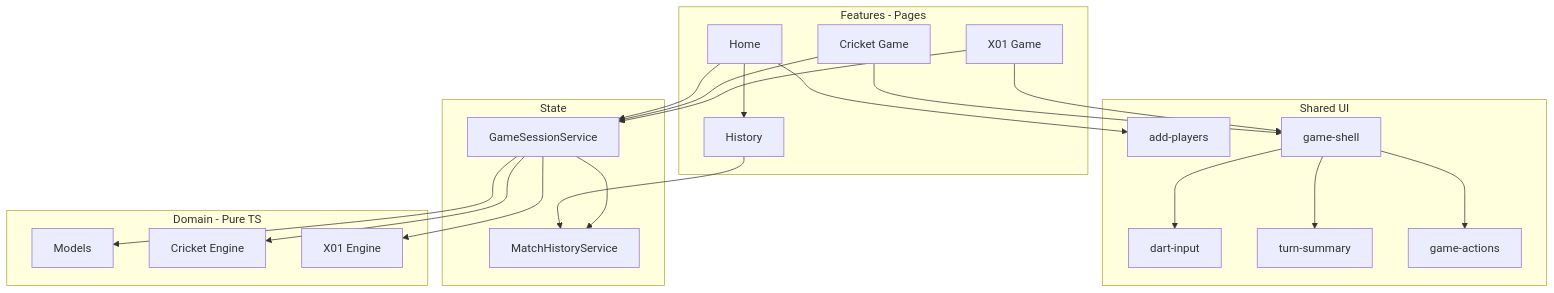
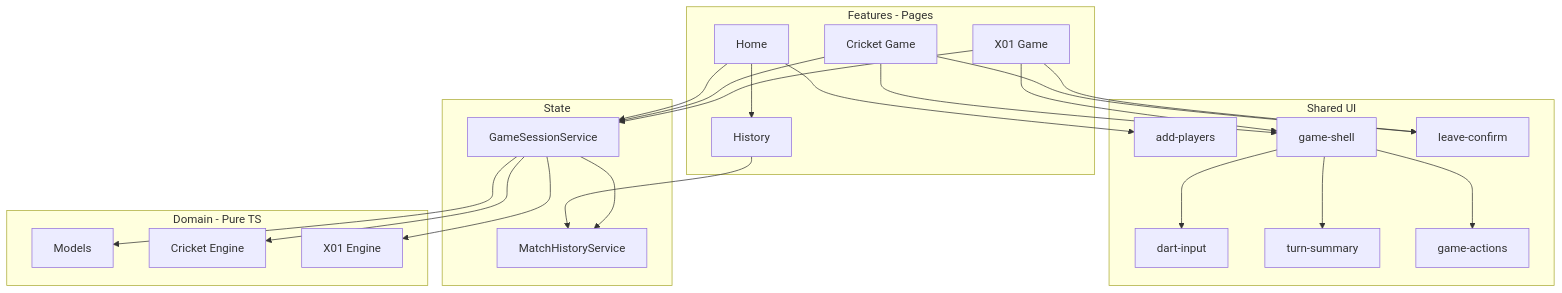
One commit to ognjen004028/ng-darts changed the diagram in architecture.md. Above: the diagram before and after it, drawn with Mermaid. The commit also changed other lines of this file and 31 other files, not shown here.

Commit message:
feat: add rematch, leave confirm, and resume (phase 5.3)

````diff
--- a/architecture.md
+++ b/architecture.md
@@ -380,44 +397,47 @@
 ```mermaid
 flowchart TB
     subgraph features [Features - Pages]
         Home
         History
         CricketUI[Cricket Game]
         X01UI[X01 Game]
     end
 
     subgraph shared [Shared UI]
         AddPlayers[add-players]
         DartInput[dart-input]
         TurnSummary[turn-summary]
         GameActions[game-actions]
         GameShell[game-shell]
+        LeaveConfirm[leave-confirm]
     end
 
     subgraph state [State]
         Session[GameSessionService]
         MatchHistory[MatchHistoryService]
     end
 
     subgraph domain [Domain - Pure TS]
         Models[Models]
         CricketEngine[Cricket Engine]
         X01Engine[X01 Engine]
     end
 
     Home --> AddPlayers
     Home --> Session
     Home --> History
     History --> MatchHistory
     CricketUI --> Session
     X01UI --> Session
     Session --> MatchHistory
     CricketUI --> GameShell
     X01UI --> GameShell
+    CricketUI --> LeaveConfirm
+    X01UI --> LeaveConfirm
     GameShell --> DartInput
     GameShell --> TurnSummary
     GameShell --> GameActions
     Session --> Models
     Session --> CricketEngine
     Session --> X01Engine
 ```
````
